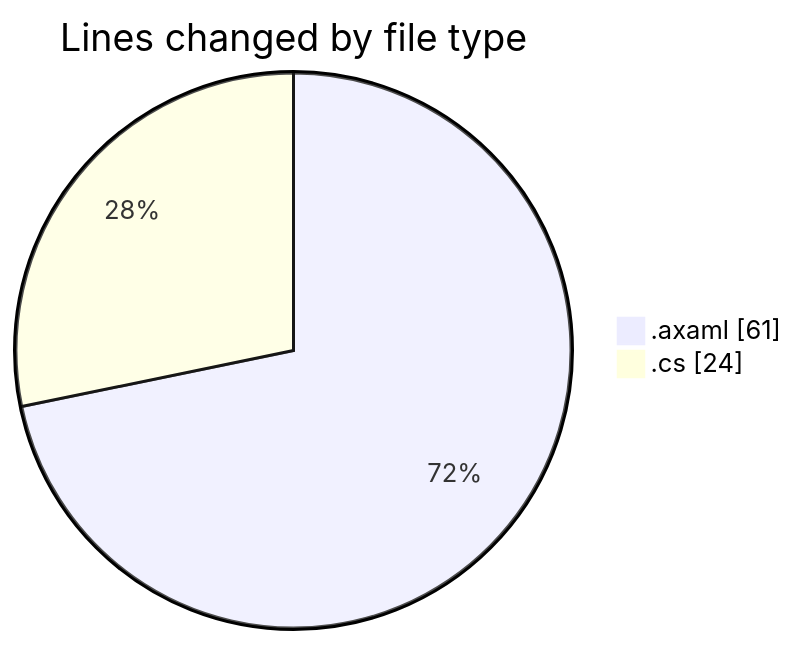
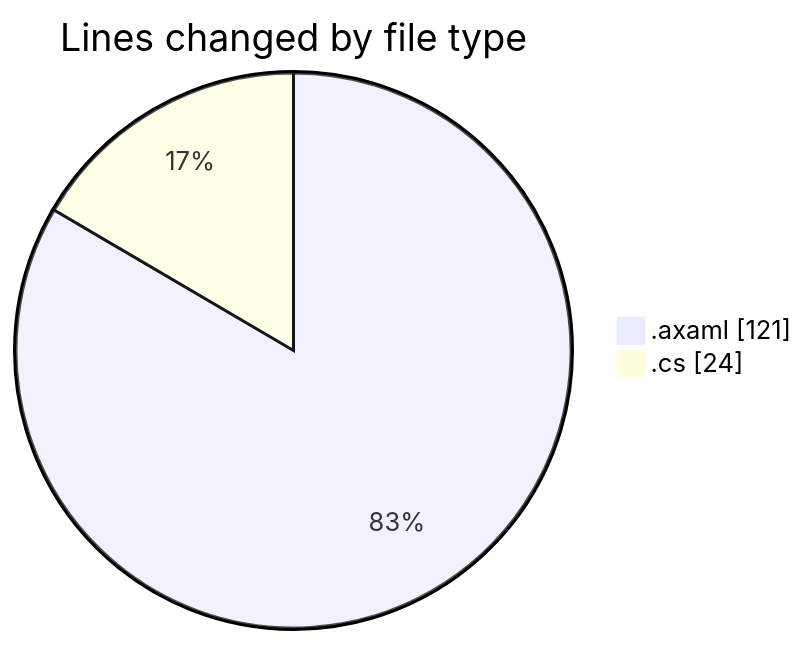
The first of 2 diagrams in 2025-10-25/skintrack/README.md (Netris89/code-tracking), drawn with Mermaid before and after one commit. The commit also changed other lines of this file and 1 other file, not shown here.

````diff
--- a/2025-10-25/skintrack/README.md
+++ b/2025-10-25/skintrack/README.md
@@ -21,6 +21,6 @@
 ```mermaid
 pie showData
 title Lines changed by file type
-".axaml" : 61
+".axaml" : 121
 ".cs" : 24
 ```
````
